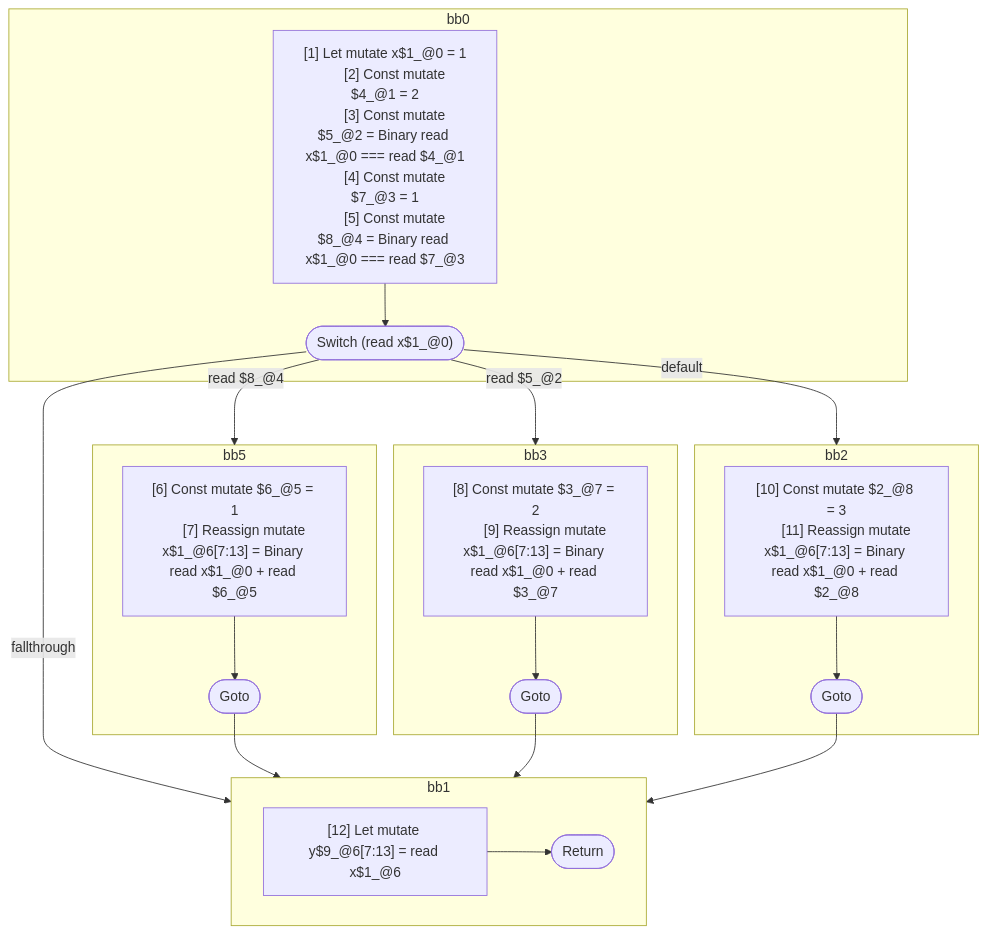
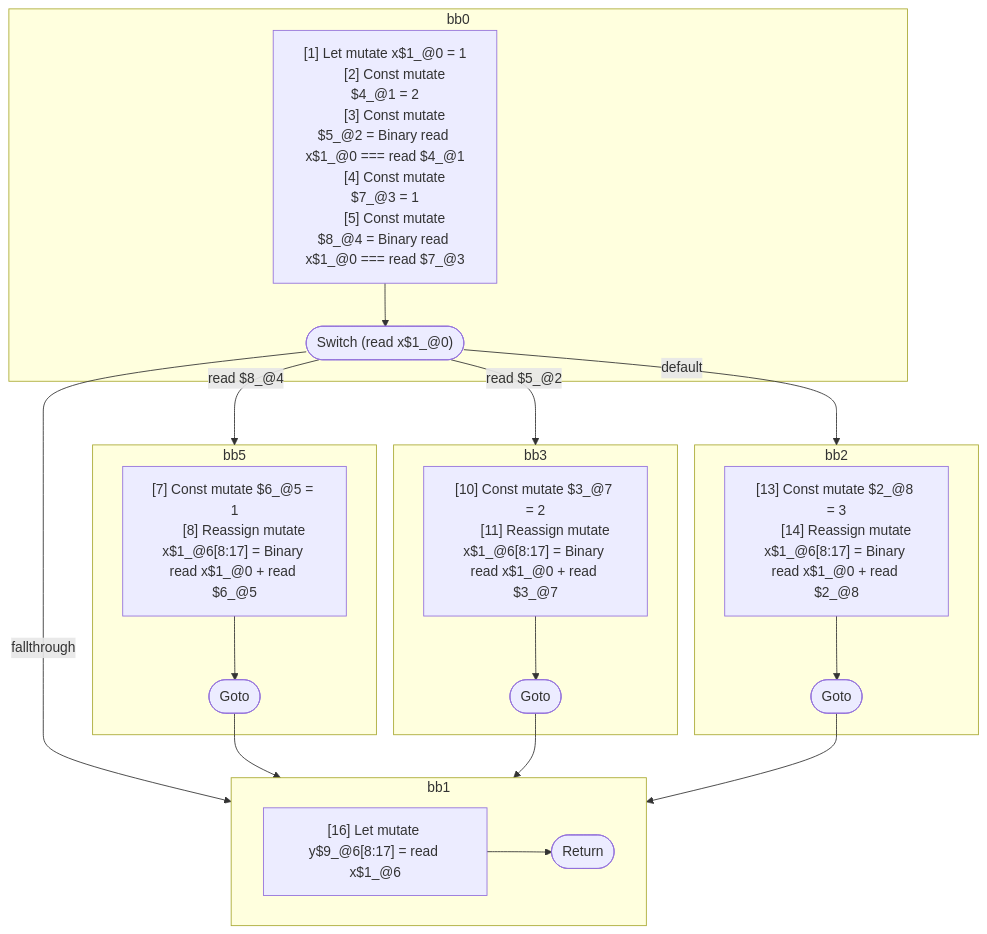
One commit to wutsmog/private changed the diagram in compiler/forget/src/__tests__/fixtures/hir/ssa-switch.expect.md. Above: the diagram before and after it, drawn with Mermaid. The commit also changed other lines of this file and 61 other files, not shown here.

````diff
--- a/compiler/forget/src/__tests__/fixtures/hir/ssa-switch.expect.md
+++ b/compiler/forget/src/__tests__/fixtures/hir/ssa-switch.expect.md
@@ -63,51 +63,51 @@
 ```mermaid
 flowchart TB
   %% Basic Blocks
   subgraph bb0
     bb0_instrs["
       [1] Let mutate x$1_@0 = 1
       [2] Const mutate $4_@1 = 2
       [3] Const mutate $5_@2 = Binary read x$1_@0 === read $4_@1
       [4] Const mutate $7_@3 = 1
       [5] Const mutate $8_@4 = Binary read x$1_@0 === read $7_@3
     "]
     bb0_instrs --> bb0_terminal(["Switch (read x$1_@0)"])
   end
   subgraph bb5
     bb5_instrs["
-      [6] Const mutate $6_@5 = 1
-      [7] Reassign mutate x$1_@6[7:13] = Binary read x$1_@0 + read $6_@5
+      [7] Const mutate $6_@5 = 1
+      [8] Reassign mutate x$1_@6[8:17] = Binary read x$1_@0 + read $6_@5
     "]
     bb5_instrs --> bb5_terminal(["Goto"])
   end
   subgraph bb3
     bb3_instrs["
-      [8] Const mutate $3_@7 = 2
-      [9] Reassign mutate x$1_@6[7:13] = Binary read x$1_@0 + read $3_@7
+      [10] Const mutate $3_@7 = 2
+      [11] Reassign mutate x$1_@6[8:17] = Binary read x$1_@0 + read $3_@7
     "]
     bb3_instrs --> bb3_terminal(["Goto"])
   end
   subgraph bb2
     bb2_instrs["
-      [10] Const mutate $2_@8 = 3
-      [11] Reassign mutate x$1_@6[7:13] = Binary read x$1_@0 + read $2_@8
+      [13] Const mutate $2_@8 = 3
+      [14] Reassign mutate x$1_@6[8:17] = Binary read x$1_@0 + read $2_@8
     "]
     bb2_instrs --> bb2_terminal(["Goto"])
   end
   subgraph bb1
     bb1_instrs["
-      [12] Let mutate y$9_@6[7:13] = read x$1_@6
+      [16] Let mutate y$9_@6[8:17] = read x$1_@6
     "]
     bb1_instrs --> bb1_terminal(["Return"])
   end
 
   %% Jumps
   bb0_terminal -- "read $8_@4" --> bb5
   bb0_terminal -- "read $5_@2" --> bb3
   bb0_terminal -- "default" --> bb2
   bb0_terminal -- "fallthrough" --> bb1
   bb5_terminal --> bb1
   bb3_terminal --> bb1
   bb2_terminal --> bb1
 
 ```
````
